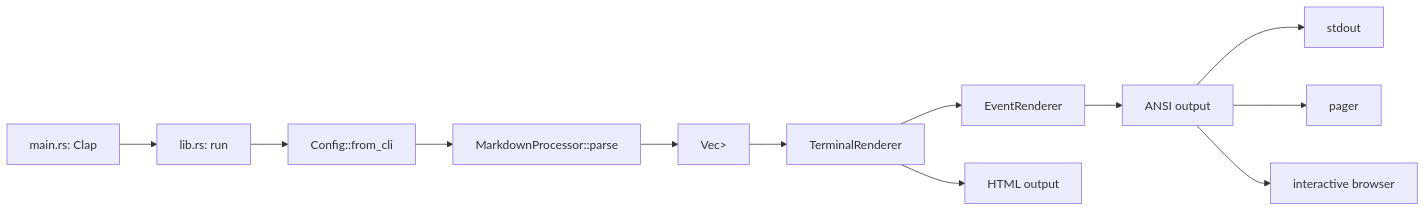
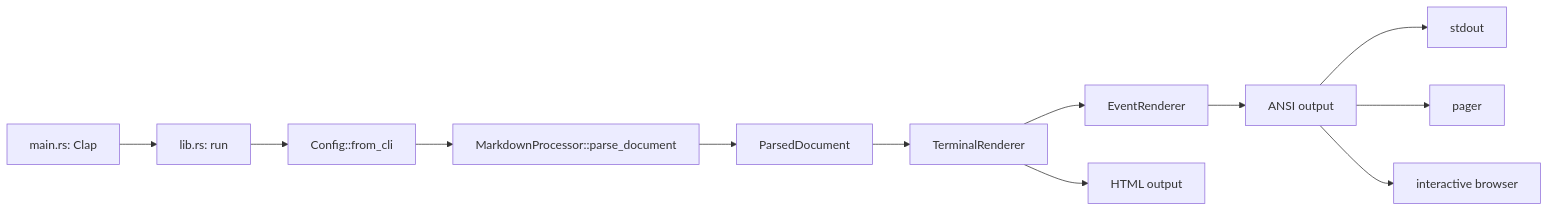
One commit to WhoSowSee/mdv changed the diagram in docs/modules/architecture.md. Above: the diagram before and after it, drawn with Mermaid. The commit also changed other lines of this file and 41 other files, not shown here.

````diff
--- a/docs/modules/architecture.md
+++ b/docs/modules/architecture.md
@@ -19,14 +19,14 @@
 ```mermaid
 flowchart LR
     A["main.rs: Clap"] --> B["lib.rs: run"]
     B --> C["Config::from_cli"]
-    C --> D["MarkdownProcessor::parse"]
-    D --> E["Vec<Event<'static>>"]
+    C --> D["MarkdownProcessor::parse_document"]
+    D --> E["ParsedDocument"]
     E --> F["TerminalRenderer"]
     F --> G["EventRenderer"]
     G --> H["ANSI output"]
     F --> I["HTML output"]
     H --> J["stdout"]
     H --> K["pager"]
     H --> L["interactive browser"]
 ```
````
